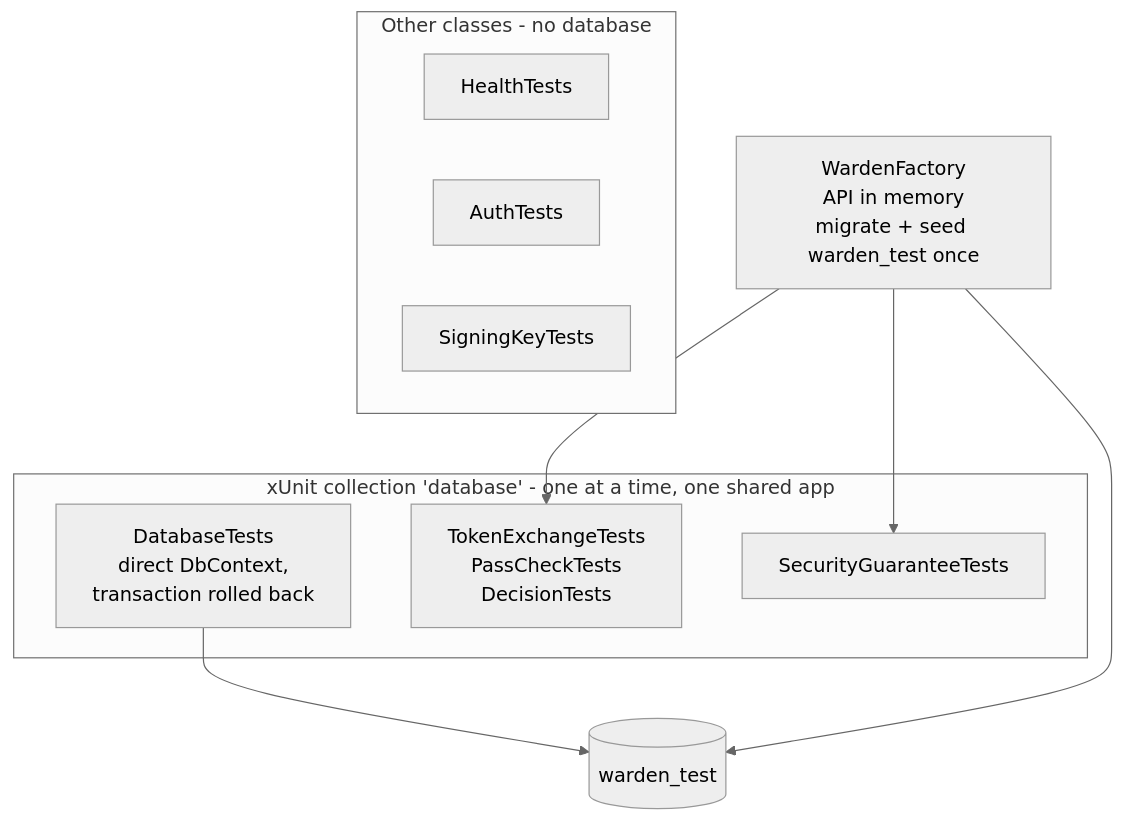
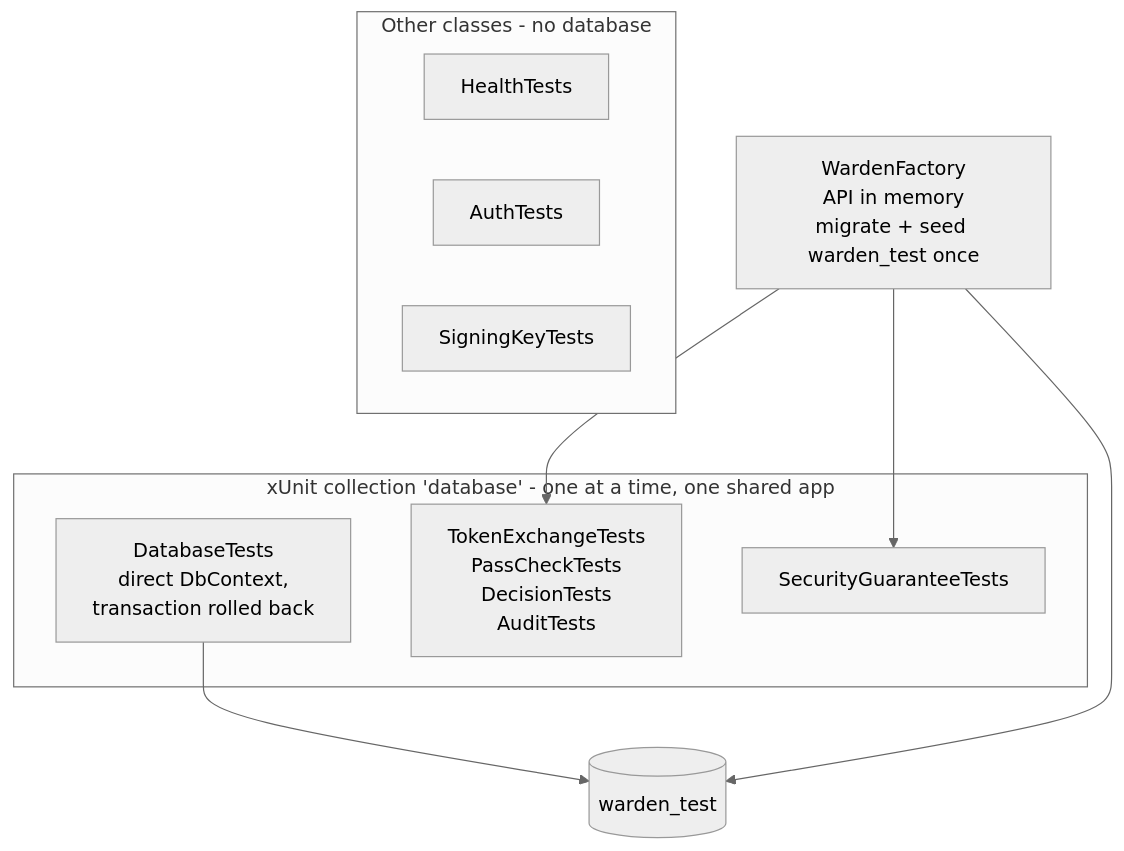
Diagram 15 of 16 in warden/docs/how-it-works.md (musishere/Warden-tickmark), drawn with Mermaid (neutral theme) before and after one commit. The commit also changed other lines of this file and 11 other files, not shown here.

````diff
--- a/warden/docs/how-it-works.md
+++ b/warden/docs/how-it-works.md
@@ -452,17 +505,17 @@
 ```mermaid
 flowchart TB
     subgraph Collection["xUnit collection 'database' - one at a time, one shared app"]
         DBT[DatabaseTests<br/>direct DbContext,<br/>transaction rolled back]
-        TET[TokenExchangeTests<br/>PassCheckTests<br/>DecisionTests]
+        TET[TokenExchangeTests<br/>PassCheckTests<br/>DecisionTests<br/>AuditTests]
         SGT[SecurityGuaranteeTests]
     end
     F[WardenFactory<br/>API in memory<br/>migrate + seed warden_test once] --> TET
     F --> SGT
     DBT --> TDB[(warden_test)]
     F --> TDB
     subgraph Parallel[Other classes - no database]
         HT[HealthTests]
         AT[AuthTests]
         SK[SigningKeyTests]
     end
 ```
````
